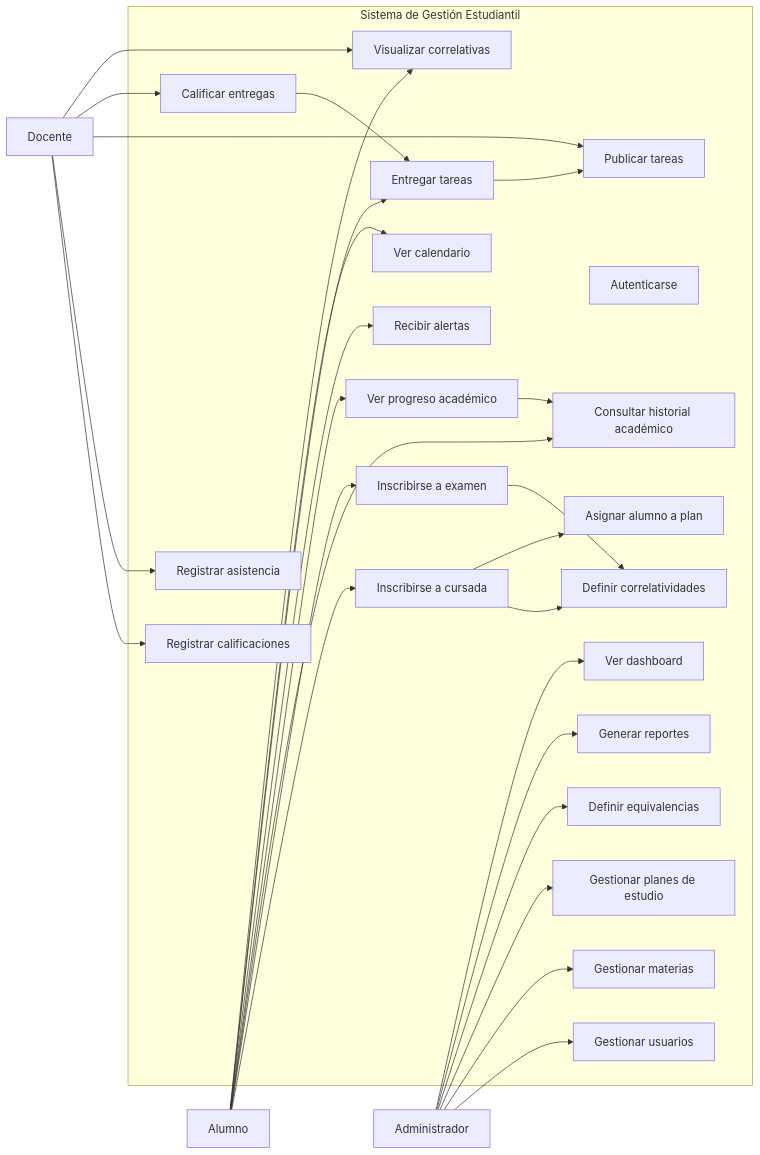
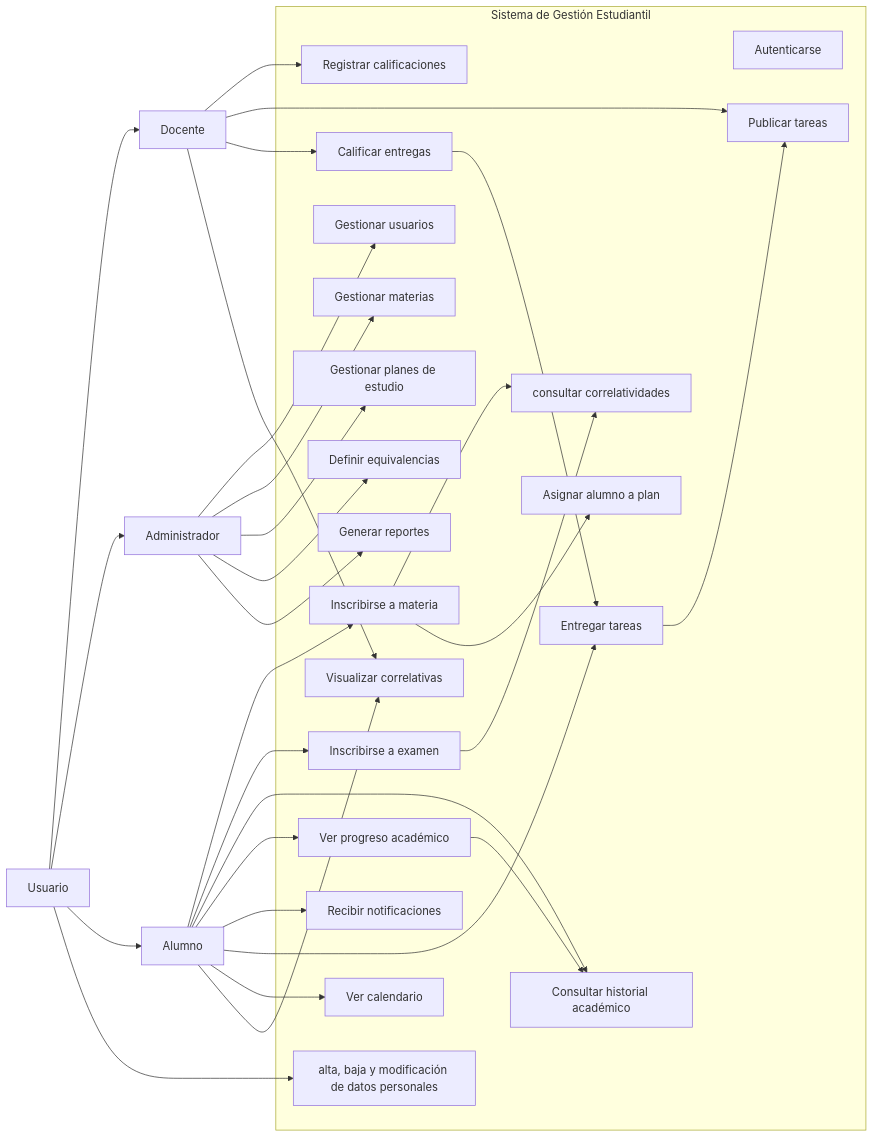
The fourth of 6 diagrams in documentacion/diagramas/diagrama_clases.md (alejobonavia003/Proyecto-integrador-Ing-2026), drawn with Mermaid before and after one commit. The commit also changed other lines of this file and 2 other files, not shown here.

Commit message:
algunos cambios

````diff
--- a/documentacion/diagramas/diagrama_clases.md
+++ b/documentacion/diagramas/diagrama_clases.md
@@ -629,93 +622,193 @@
 ``` mermaid
 flowchart LR
 
+  
+
 %% ======================
+
 %% ACTORES
+
 %% ======================
+
 Admin[Administrador]
+
 Docente[Docente]
+
 Alumno[Alumno]
 
+Usuario[Usuario]
+
+  
+
+Usuario --> Docente
+
+Usuario --> Admin
+
+Usuario --> Alumno
+
+  
+  
+
 %% ======================
+
 %% SISTEMA
+
 %% ======================
+
 subgraph Sistema de Gestión Estudiantil
 
+  
+
 %% --- USUARIOS ---
+
 UC1[Gestionar usuarios]
+
 UC2[Autenticarse]
 
+UC23[alta, baja y modificación de datos personales]
+
+  
+
 %% --- MATERIAS ---
+
 UC3[Gestionar materias]
-UC4[Definir correlatividades]
+
+UC4[consultar correlatividades]
+
 UC5[Visualizar correlativas]
 
+  
+
 %% --- PLANES ---
+
 UC6[Gestionar planes de estudio]
+
 UC7[Asignar alumno a plan]
+
 UC8[Definir equivalencias]
 
+  
+
 %% --- ACADÉMICO ---
-UC9[Inscribirse a cursada]
+
+UC9[Inscribirse a materia]
+
 UC10[Inscribirse a examen]
+
 UC11[Registrar calificaciones]
-UC12[Registrar asistencia]
+
 UC13[Consultar historial académico]
 
+  
+
 %% --- DESEMPEÑO ---
+
 UC14[Ver progreso académico]
-UC15[Recibir alertas]
+
+UC15[Recibir notificaciones]
+
+  
 
 %% --- TAREAS ---
+
 UC16[Publicar tareas]
+
 UC17[Entregar tareas]
+
 UC18[Calificar entregas]
+
 UC19[Ver calendario]
 
+  
+
 %% --- REPORTES ---
+
 UC20[Generar reportes]
-UC21[Ver dashboard]
+
+  
 
 end
 
-%% ======================
-%% RELACIONES ACTORES
+  
+
 %% ======================
 
+%% RELACIONES ACTORES
+
+%% ======================
+
+  
+
+Usuario --> UC23
+
+  
+
 Admin --> UC1
+
 Admin --> UC3
+
 Admin --> UC6
+
 Admin --> UC8
+
 Admin --> UC20
-Admin --> UC21
+
+  
+  
 
 Docente --> UC11
-Docente --> UC12
+
 Docente --> UC16
+
 Docente --> UC18
+
 Docente --> UC5
 
+  
+
 Alumno --> UC9
+
 Alumno --> UC10
+
 Alumno --> UC13
+
 Alumno --> UC14
+
 Alumno --> UC15
+
 Alumno --> UC17
+
 Alumno --> UC19
+
 Alumno --> UC5
 
-%% ======================
-%% RELACIONES INCLUDE
+  
+
 %% ======================
 
+%% RELACIONES INCLUDE
+
+%% ======================
+
+  
+
 UC9 --> UC4
+
 UC9 --> UC7
+
+  
 
 UC10 --> UC4
 
+  
+
 UC17 --> UC16
+
+  
 
 UC18 --> UC17
 
-UC14 --> UC13 
+  
+
+UC14 --> UC13
 ```
````
